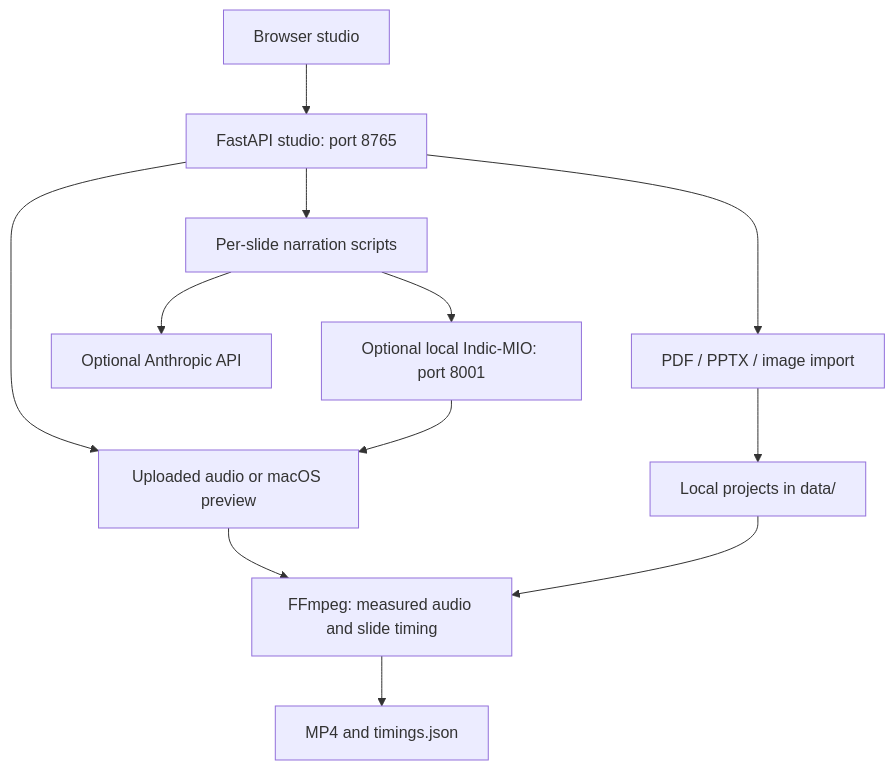
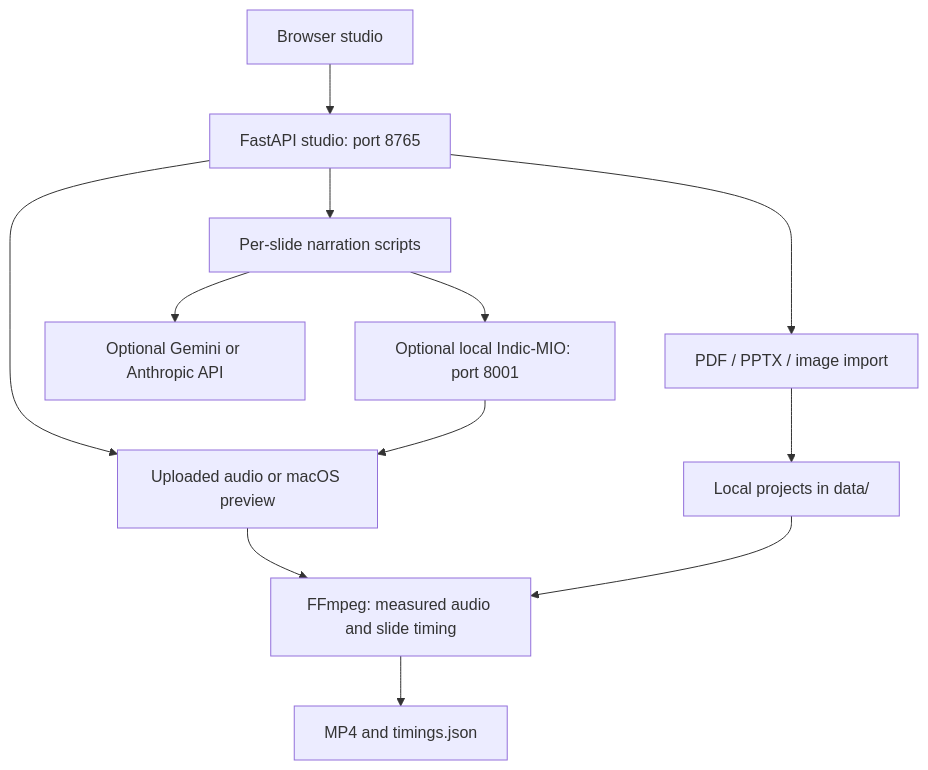
One commit to Sohampatil00/Slidevoice changed the diagram in docs/ARCHITECTURE.md. Above: the diagram before and after it, drawn with Mermaid. The commit also changed other lines of this file and 58 other files, not shown here.

````diff
--- a/docs/ARCHITECTURE.md
+++ b/docs/ARCHITECTURE.md
@@ -5,14 +5,14 @@
 ```mermaid
 flowchart TD
     Browser[Browser studio] --> Studio[FastAPI studio: port 8765]
     Studio --> Import[PDF / PPTX / image import]
     Import --> Storage[Local projects in data/]
     Studio --> Scripts[Per-slide narration scripts]
-    Scripts --> Claude[Optional Anthropic API]
+    Scripts --> AI[Optional Gemini or Anthropic API]
     Scripts --> Speech[Optional local Indic-MIO: port 8001]
     Studio --> Audio[Uploaded audio or macOS preview]
     Speech --> Audio
     Audio --> Render[FFmpeg: measured audio and slide timing]
     Storage --> Render
     Render --> MP4[MP4 and timings.json]
 ```
````
